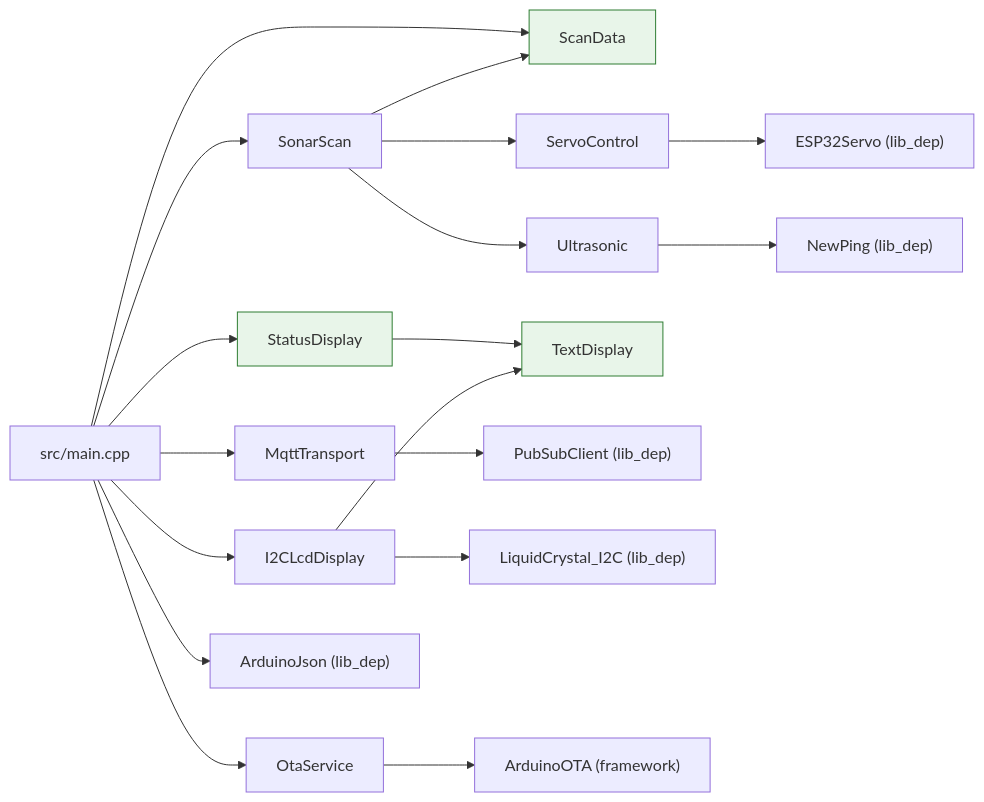
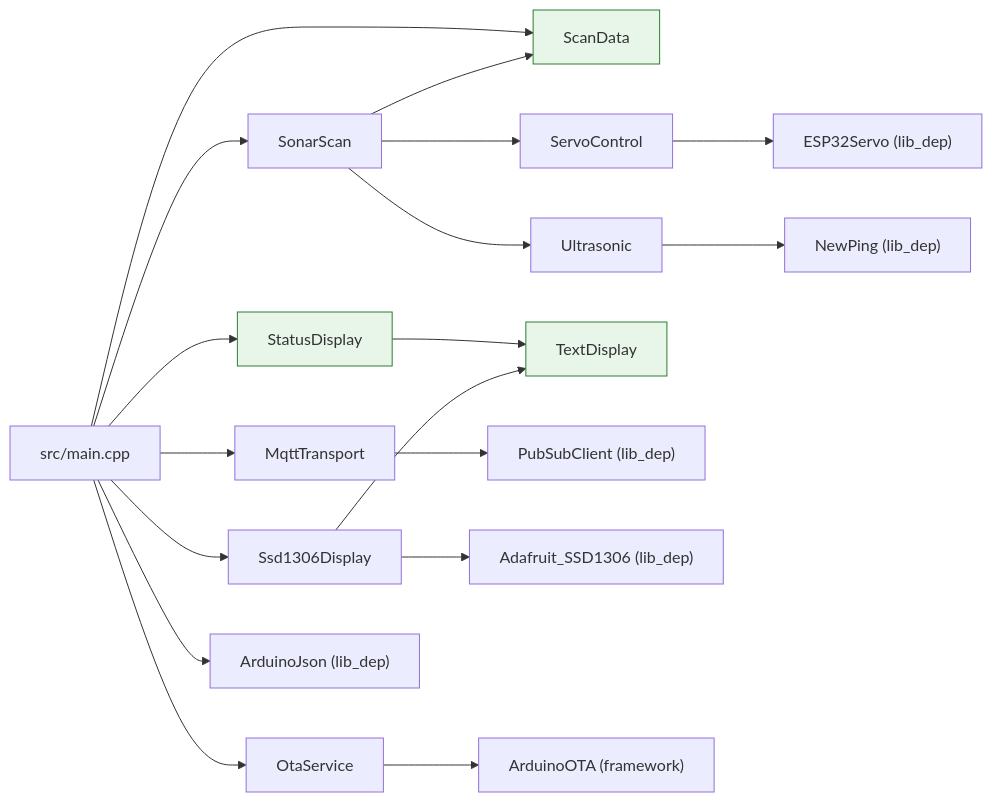
Before and after one commit to Elismar13/thushimas-car: the diagram in docs/developer/modules.md, drawn with Mermaid. The commit also changed other lines of this file and 17 other files, not shown here.

Commit message:
feature(firmware): oled display

````diff
--- a/docs/developer/modules.md
+++ b/docs/developer/modules.md
@@ -13,26 +13,26 @@
 ```mermaid
 graph LR
     main["src/main.cpp"] --> mqtt["MqttTransport"]
     main --> scan["SonarScan"]
-    main --> lcd["I2CLcdDisplay"]
+    main --> oled["Ssd1306Display"]
     main --> disp["StatusDisplay"]
     main --> sd["ScanData"]
     main --> ota["OtaService"]
 
     scan --> sd
     scan --> servoc["ServoControl"]
     scan --> us["Ultrasonic"]
 
     disp --> txt["TextDisplay"]
-    lcd --> txt
+    oled --> txt
 
     servoc --> ext1["ESP32Servo (lib_dep)"]
     us --> ext2["NewPing (lib_dep)"]
     mqtt --> ext3["PubSubClient (lib_dep)"]
     main --> ext4["ArduinoJson (lib_dep)"]
-    lcd --> ext5["LiquidCrystal_I2C (lib_dep)"]
+    oled --> ext5["Adafruit_SSD1306 (lib_dep)"]
     ota --> ext6["ArduinoOTA (framework)"]
 
     classDef pure fill:#e8f5e9,stroke:#2e7d32
     class sd,disp,txt pure
 ```
````
